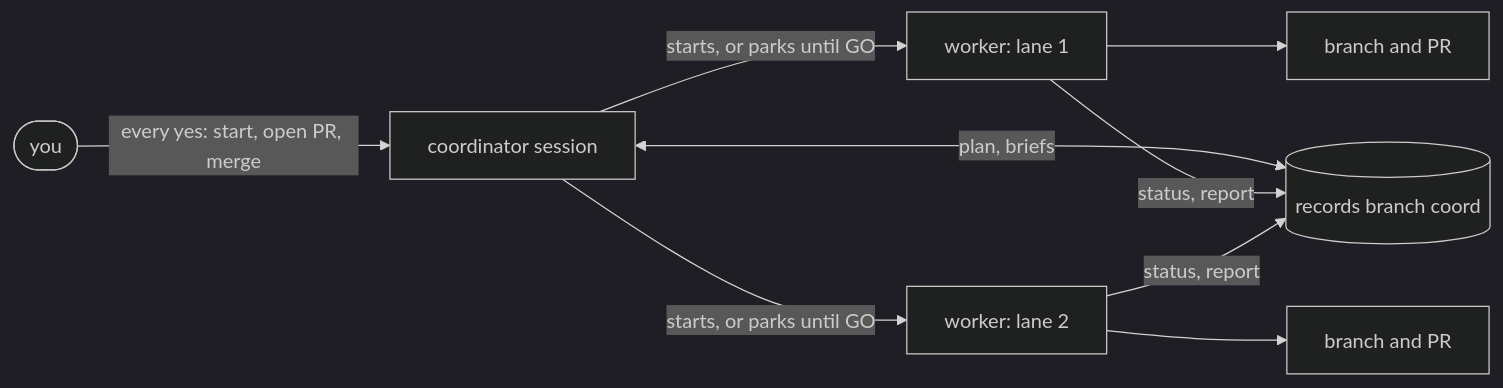
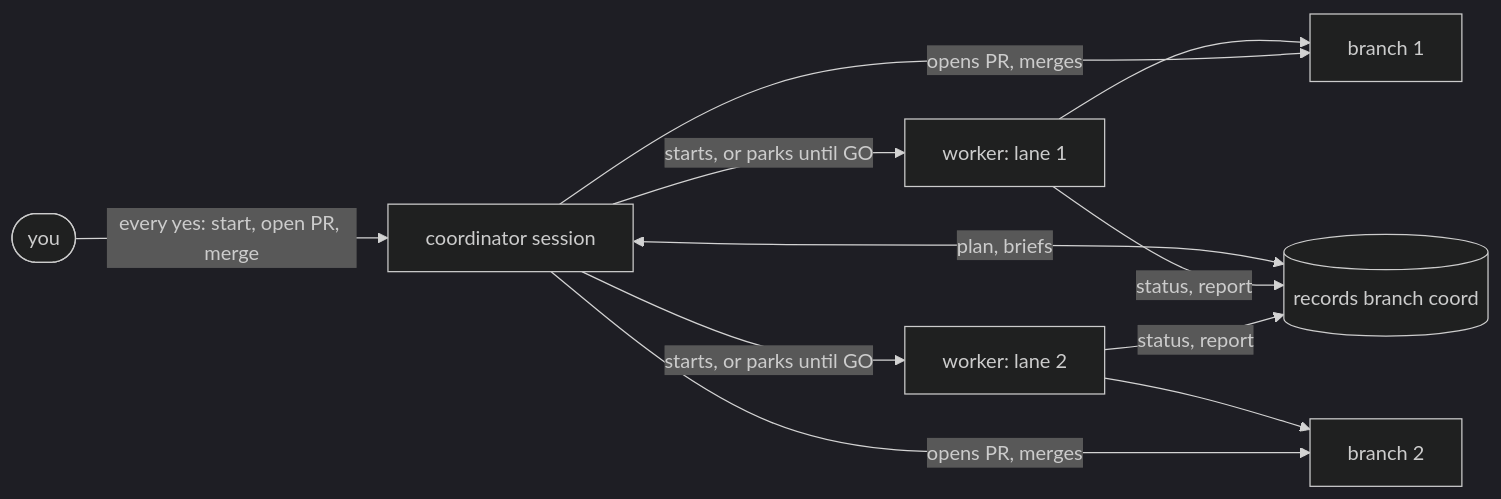
Before and after one commit to mileschintw/relay: the diagram in README.md, drawn with Mermaid (dark theme). The commit also changed other lines of this file and 1 other file, not shown here.

Commit message:
README: review round 1 fixes: coordinator opens PRs, full comparison, a real example (#119)

````diff
--- a/README.md
+++ b/README.md
@@ -15,11 +15,13 @@
 ```mermaid
 flowchart LR
     you([you]) -- "every yes: start, open PR, merge" --> C[coordinator session]
     C -- "starts, or parks until GO" --> W1[worker: lane 1]
     C -- "starts, or parks until GO" --> W2[worker: lane 2]
-    W1 --> P1[branch and PR]
-    W2 --> P2[branch and PR]
+    W1 --> B1[branch 1]
+    W2 --> B2[branch 2]
+    C -- "opens PR, merges" --> B1
+    C -- "opens PR, merges" --> B2
     C <-- "plan, briefs" --> R[(records branch coord)]
     W1 -- "status, report" --> R
     W2 -- "status, report" --> R
 ```
````
